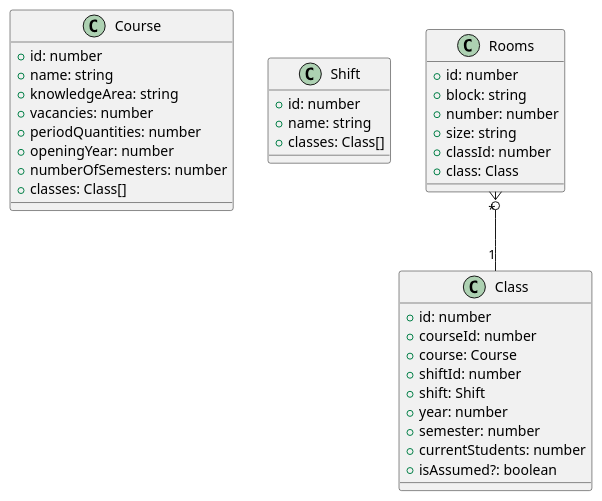
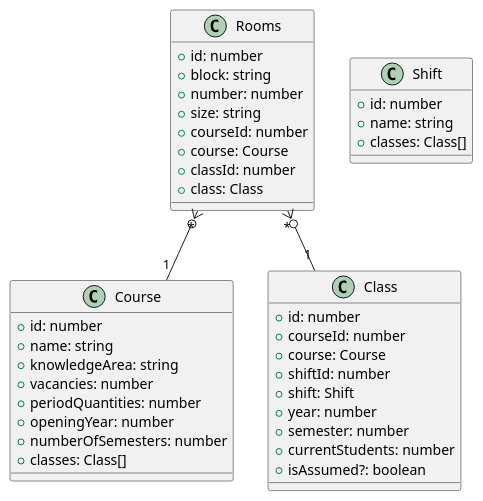
One commit to Grupo-5-Biopark/grupo05 changed the diagram in docs/uml/rooms.puml. Above: the diagram before and after it, drawn with PlantUML. The commit also changed 9 other files, not shown here.

```diff
--- a/docs/uml/rooms.puml
+++ b/docs/uml/rooms.puml
@@ -1,39 +1,42 @@
 @startuml
 class Course {
     +id: number
     +name: string
     +knowledgeArea: string
     +vacancies: number
     +periodQuantities: number
     +openingYear: number
     +numberOfSemesters: number
     +classes: Class[]
 }
 class Shift {
     +id: number
     +name: string
     +classes: Class[]
 }
 class Class {
     +id: number
     +courseId: number
     +course: Course
     +shiftId: number
     +shift: Shift
     +year: number
     +semester: number
     +currentStudents: number
     +isAssumed?: boolean
 }
 class Rooms {
     +id: number
     +block: string
     +number: number
     +size: string
+    +courseId: number
+    +course: Course
     +classId: number
     +class: Class
 }
 
 ' Relationships
+Rooms "*" }o-- "1" Course
 Rooms "*" }o-- "1" Class
 @enduml
```
